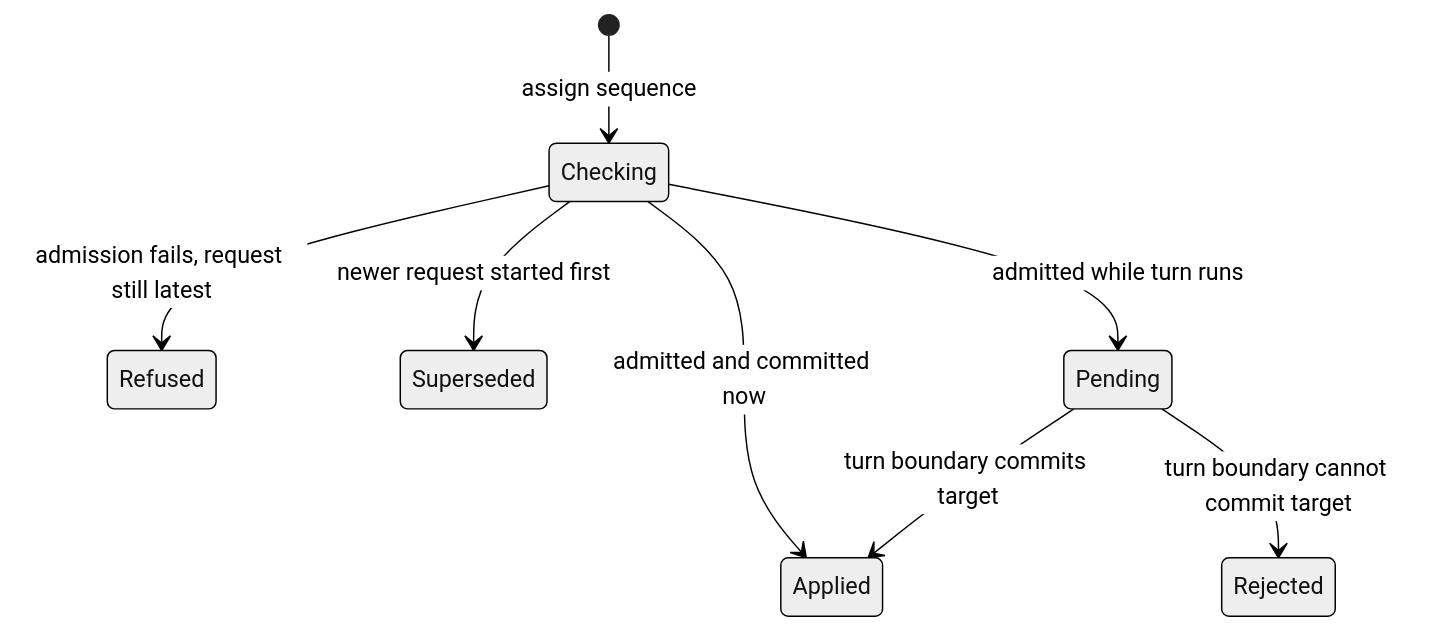
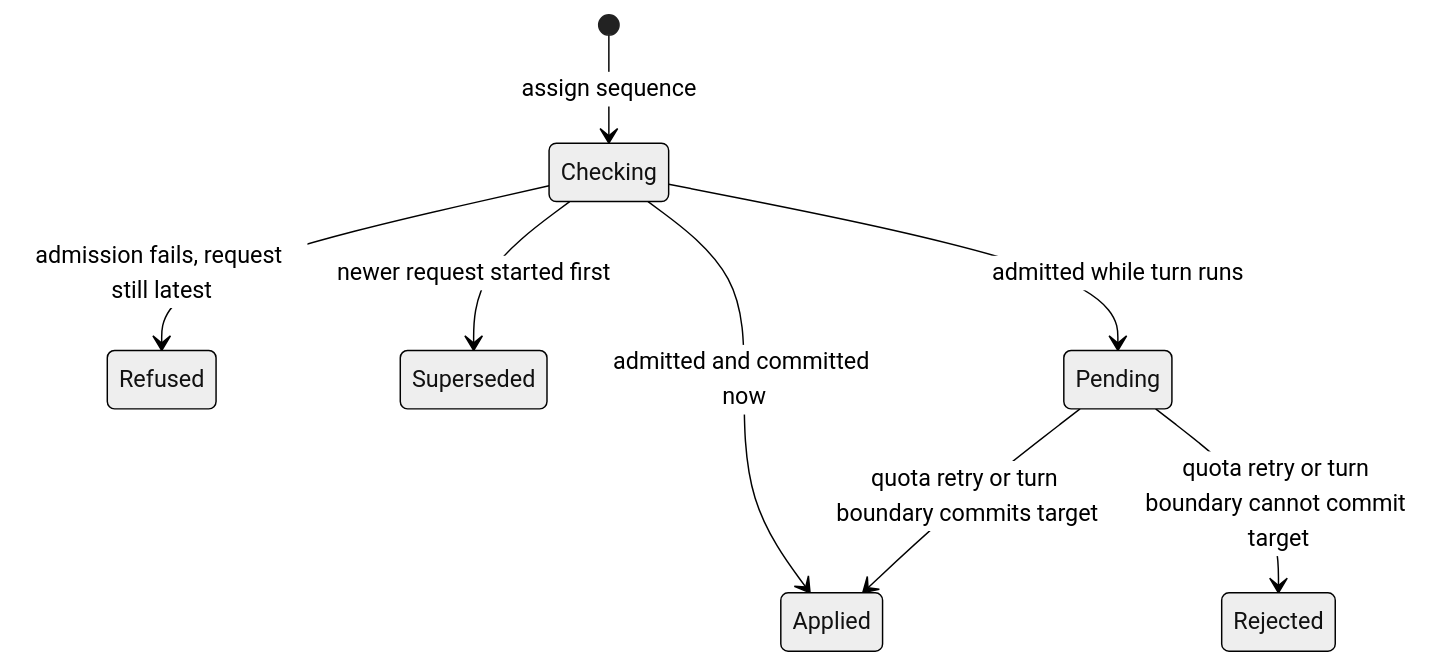
The first of 2 diagrams in docs/superpowers/specs/2026-11-15-model-switch-authority-design.md (prime-radiant-inc/evener), drawn with Mermaid (neutral theme) before and after one commit. The commit also changed other lines of this file, not shown here.

````diff
--- a/docs/superpowers/specs/2026-11-15-model-switch-authority-design.md
+++ b/docs/superpowers/specs/2026-11-15-model-switch-authority-design.md
@@ -180,10 +189,10 @@
 ```mermaid
 stateDiagram-v2
     [*] --> Checking: assign sequence
     Checking --> Refused: admission fails, request still latest
     Checking --> Superseded: newer request started first
     Checking --> Pending: admitted while turn runs
     Checking --> Applied: admitted and committed now
-    Pending --> Applied: turn boundary commits target
-    Pending --> Rejected: turn boundary cannot commit target
+    Pending --> Applied: quota retry or turn boundary commits target
+    Pending --> Rejected: quota retry or turn boundary cannot commit target
 ```
````
